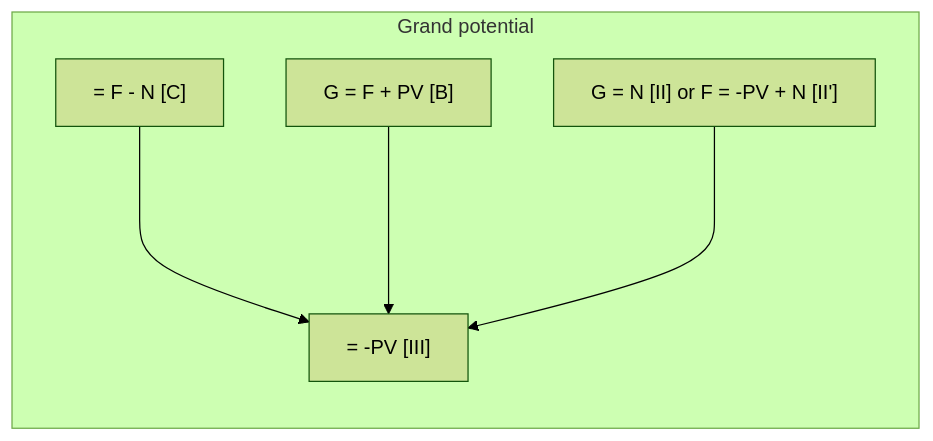
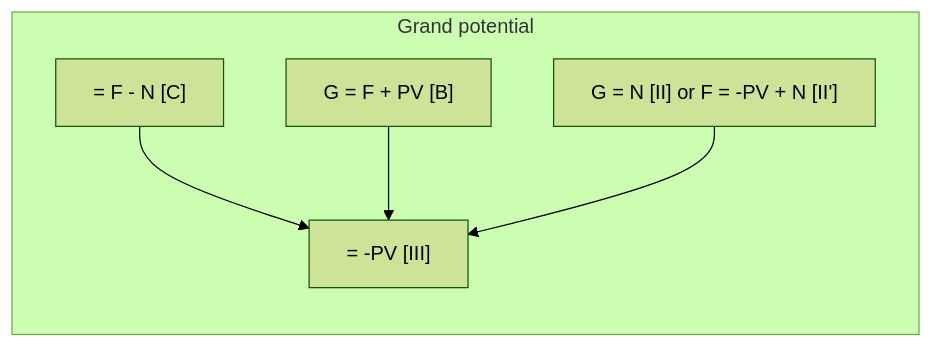
Before and after one commit to yamato97/science: the second of 2 diagrams in thermodynamic_functions.md, drawn with Mermaid (forest theme). The commit also changed other lines of this file, not shown here.

````diff
--- a/thermodynamic_functions.md
+++ b/thermodynamic_functions.md
@@ -14,8 +10,8 @@
 ```mermaid
 graph LR
-subgraph Grand potential
-EC[" = F -  N [C]"]--->EIII[" = -PV [III]"]
-EB["G = F + PV [B]"]--->EIII
-EIIdash["G = N [II] or F = -PV + N [II']"]--->EIII
+    subgraph Grand potential
+    EC[" = F -  N [C]"]-->EIII[" = -PV [III]"]
+    EB["G = F + PV [B]"]-->EIII
+    EIIdash["G = N [II] or F = -PV + N [II']"]-->EIII
 end
 ```
````
